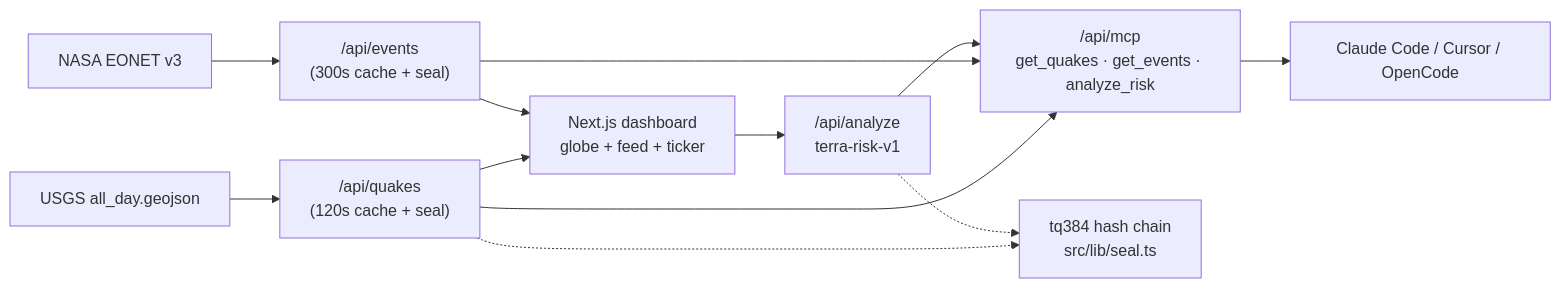
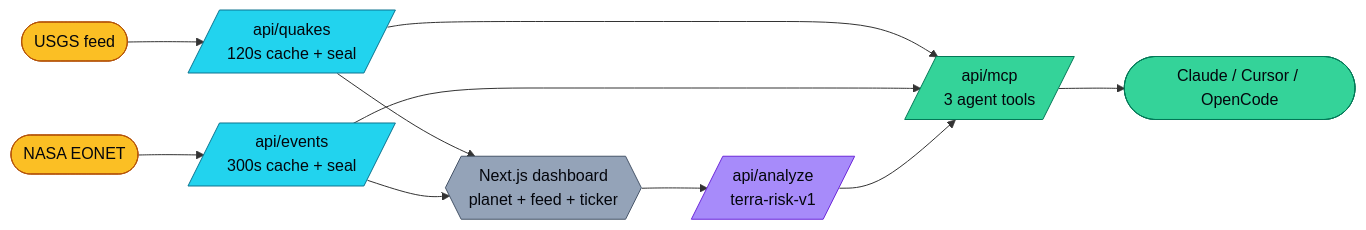
The first of 10 diagrams in README.md (aniruddhaadak80/terra-pulse), drawn with Mermaid before and after one commit. The commit also changed other lines of this file and 4 other files, not shown here.

Commit message:
◉ WebGL planet via react-globe.gl + README with colorful flowcharts and phased roadmap (wow-repo skill)

````diff
--- a/README.md
+++ b/README.md
@@ -48,14 +57,17 @@
 ```mermaid
 flowchart LR
-    USGS[USGS all_day.geojson] --> QAPI["/api/quakes<br/>(120s cache + seal)"]
-    EONET[NASA EONET v3] --> EAPI["/api/events<br/>(300s cache + seal)"]
-    QAPI --> UI[Next.js dashboard<br/>globe + feed + ticker]
+    classDef live fill:#22d3ee,stroke:#0e7490,color:#04060c
+    classDef engine fill:#a78bfa,stroke:#6d28d9,color:#04060c
+    classDef agent fill:#34d399,stroke:#047857,color:#04060c
+    classDef ext fill:#fbbf24,stroke:#b45309,color:#04060c
+    classDef infra fill:#94a3b8,stroke:#475569,color:#04060c
+    USGS([USGS feed]):::ext --> QAPI[/api/quakes<br/>120s cache + seal/]:::live
+    EONET([NASA EONET]):::ext --> EAPI[/api/events<br/>300s cache + seal/]:::live
+    QAPI --> UI{{Next.js dashboard<br/>planet + feed + ticker}}:::infra
     EAPI --> UI
-    UI --> RISK["/api/analyze<br/>terra-risk-v1"]
-    QAPI --> MCP["/api/mcp<br/>get_quakes · get_events · analyze_risk"]
+    UI --> RISK[/api/analyze<br/>terra-risk-v1/]:::engine
+    QAPI --> MCP[/api/mcp<br/>3 agent tools/]:::agent
     EAPI --> MCP
     RISK --> MCP
-    MCP --> AGENT[Claude Code / Cursor / OpenCode]
-    QAPI -.-> SEAL["tq384 hash chain<br/>src/lib/seal.ts"]
-    RISK -.-> SEAL
+    MCP --> AGENT([Claude / Cursor / OpenCode]):::agent
 ```
````
